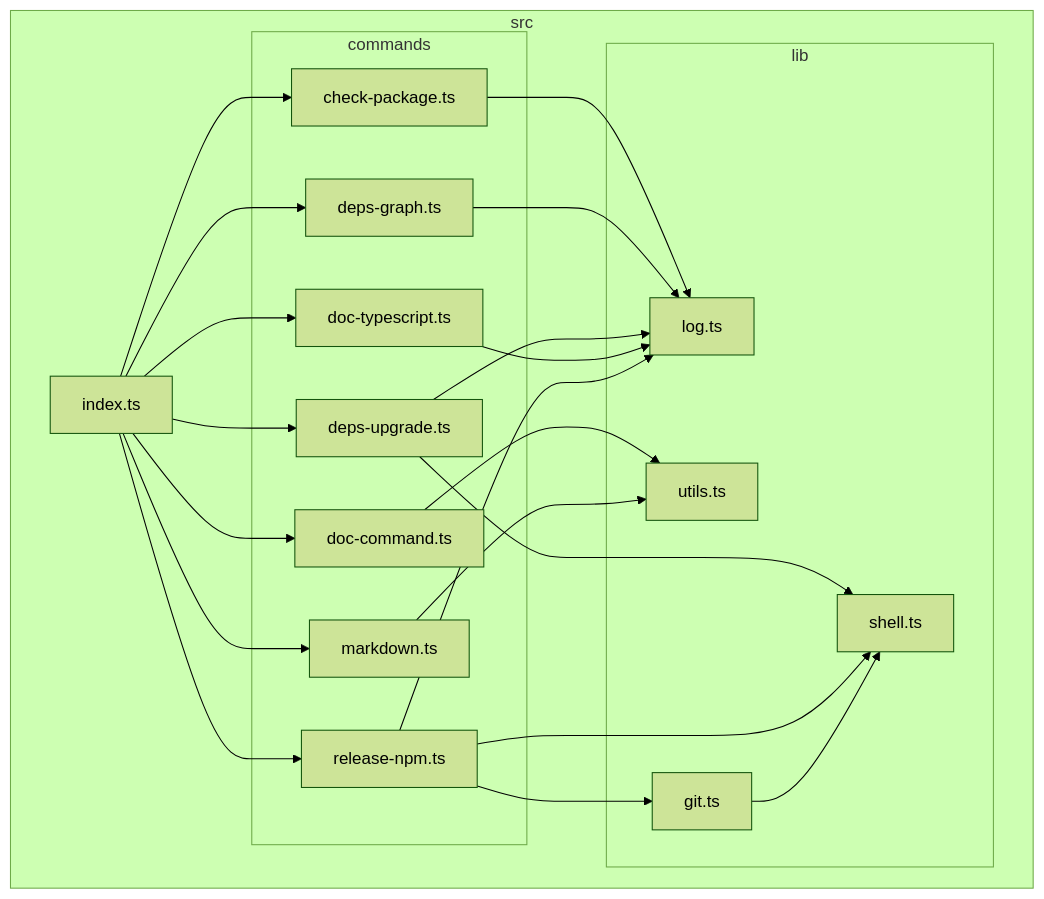
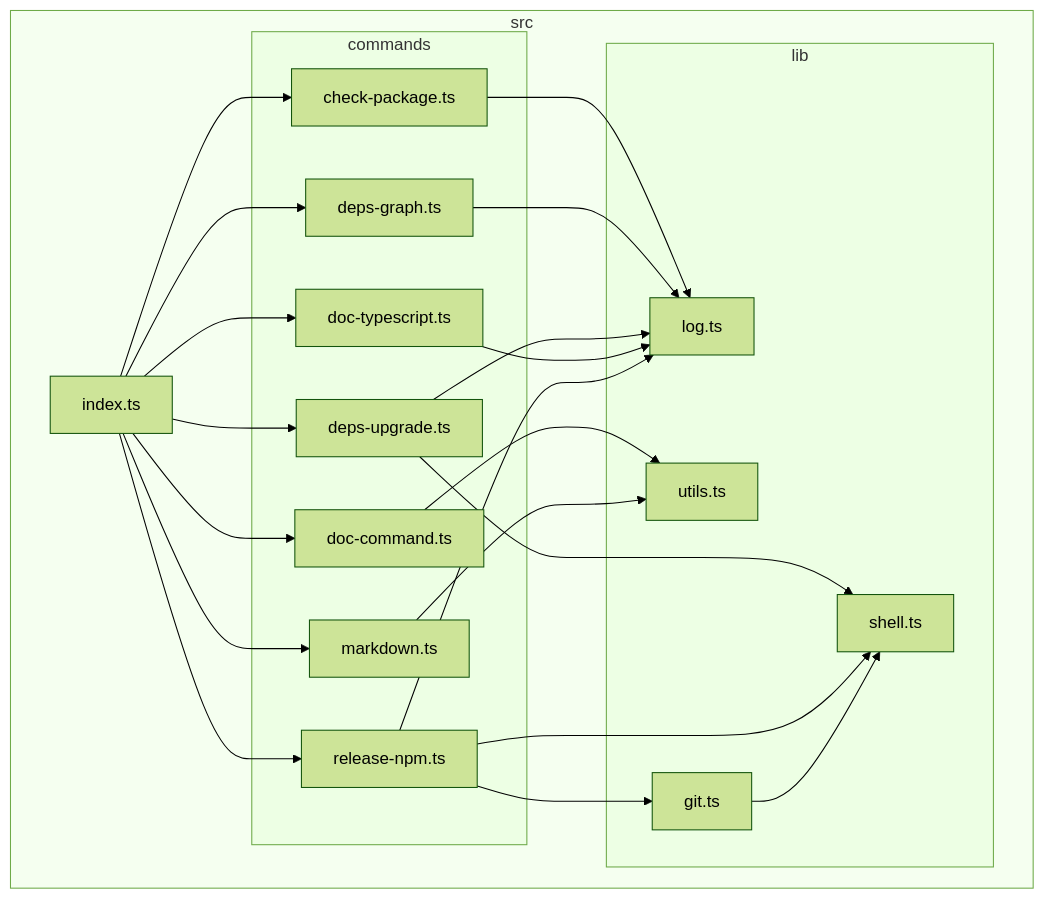
Before and after one commit to versatiles-org/node-release-tool: the diagram in README.md, drawn with Mermaid (forest theme). The commit also changed 1 other file, not shown here.

Commit message:
fix: make mermaid subgraph rectangles more translucent

````diff
--- a/README.md
+++ b/README.md
@@ -194,40 +194,44 @@
 ```mermaid
 flowchart TB
 
 subgraph 0["src"]
 subgraph 1["commands"]
 2["check-package.ts"]
 5["deps-graph.ts"]
 6["deps-upgrade.ts"]
 8["doc-command.ts"]
 A["doc-typescript.ts"]
 B["markdown.ts"]
 C["release-npm.ts"]
 end
 subgraph 3["lib"]
 4["log.ts"]
 7["shell.ts"]
 9["utils.ts"]
 D["git.ts"]
 end
 E["index.ts"]
 end
 2-->4
 5-->4
 6-->4
 6-->7
 8-->9
 A-->4
 B-->9
 C-->D
 C-->4
 C-->7
 D-->7
 E-->2
 E-->5
 E-->6
 E-->8
 E-->A
 E-->B
 E-->C
+
+style 0 fill-opacity:0.2
+style 1 fill-opacity:0.2
+style 3 fill-opacity:0.2
 ```
````
